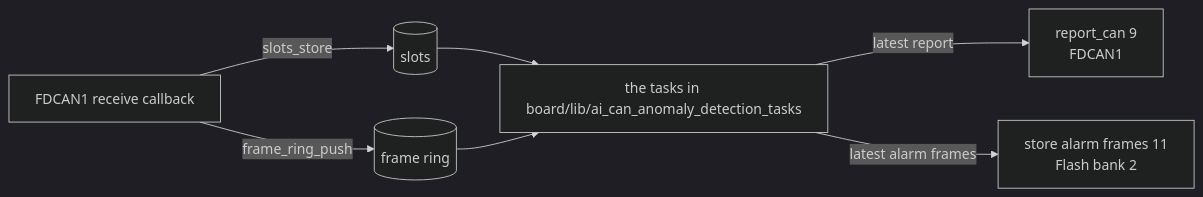
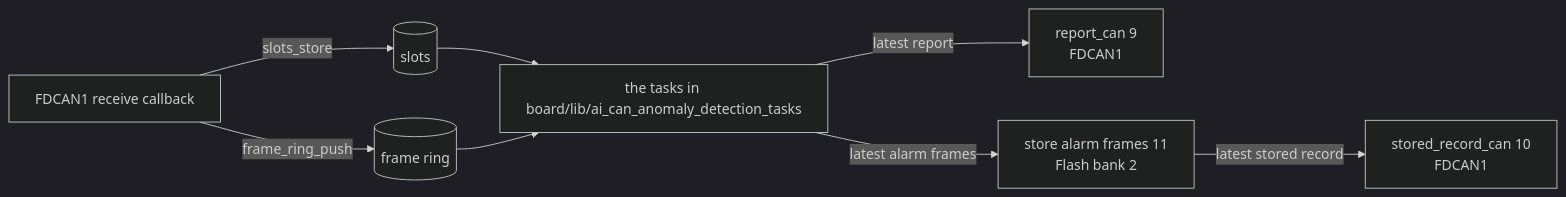
Before and after one commit to asana17/ai_can_anomaly_detection: the diagram in board/application/ai_can_anomaly_detection/README.md, drawn with Mermaid (dark theme). The commit also changed other lines of this file and 13 other files, not shown here.

````diff
--- a/board/application/ai_can_anomaly_detection/README.md
+++ b/board/application/ai_can_anomaly_detection/README.md
@@ -12,9 +12,10 @@
 ```mermaid
 flowchart LR
     irq["FDCAN1 receive callback"] -- slots_store --> slots[(slots)]
     irq -- frame_ring_push --> frames[(frame ring)]
     slots --> tasks["the tasks in board/lib/ai_can_anomaly_detection_tasks"]
     frames --> tasks
     tasks -- latest report --> can["report_can 9<br/>FDCAN1"]
     tasks -- latest alarm frames --> store["store alarm frames 11<br/>Flash bank 2"]
+    store -- latest stored record --> record_can["stored_record_can 10<br/>FDCAN1"]
 ```
````
